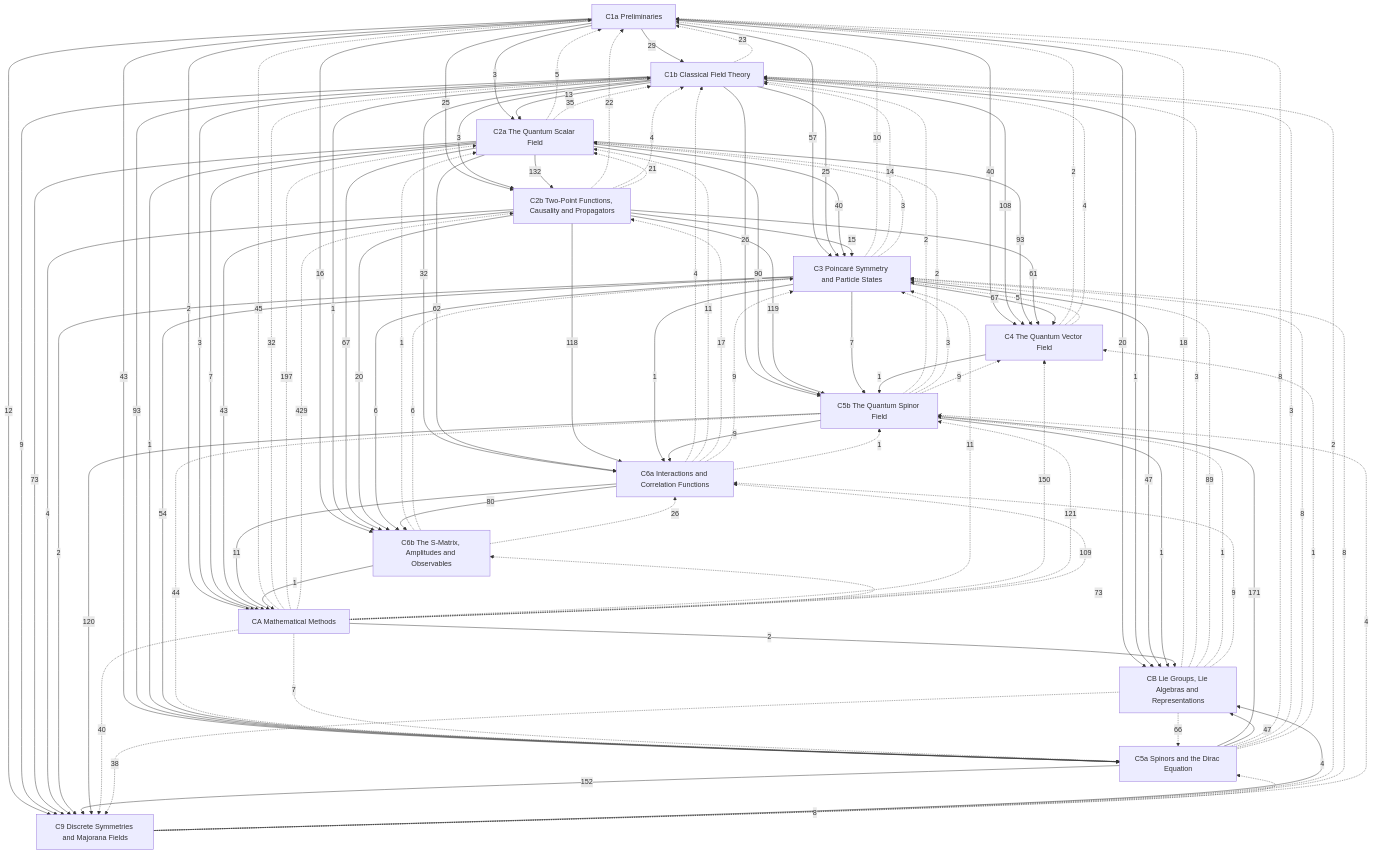
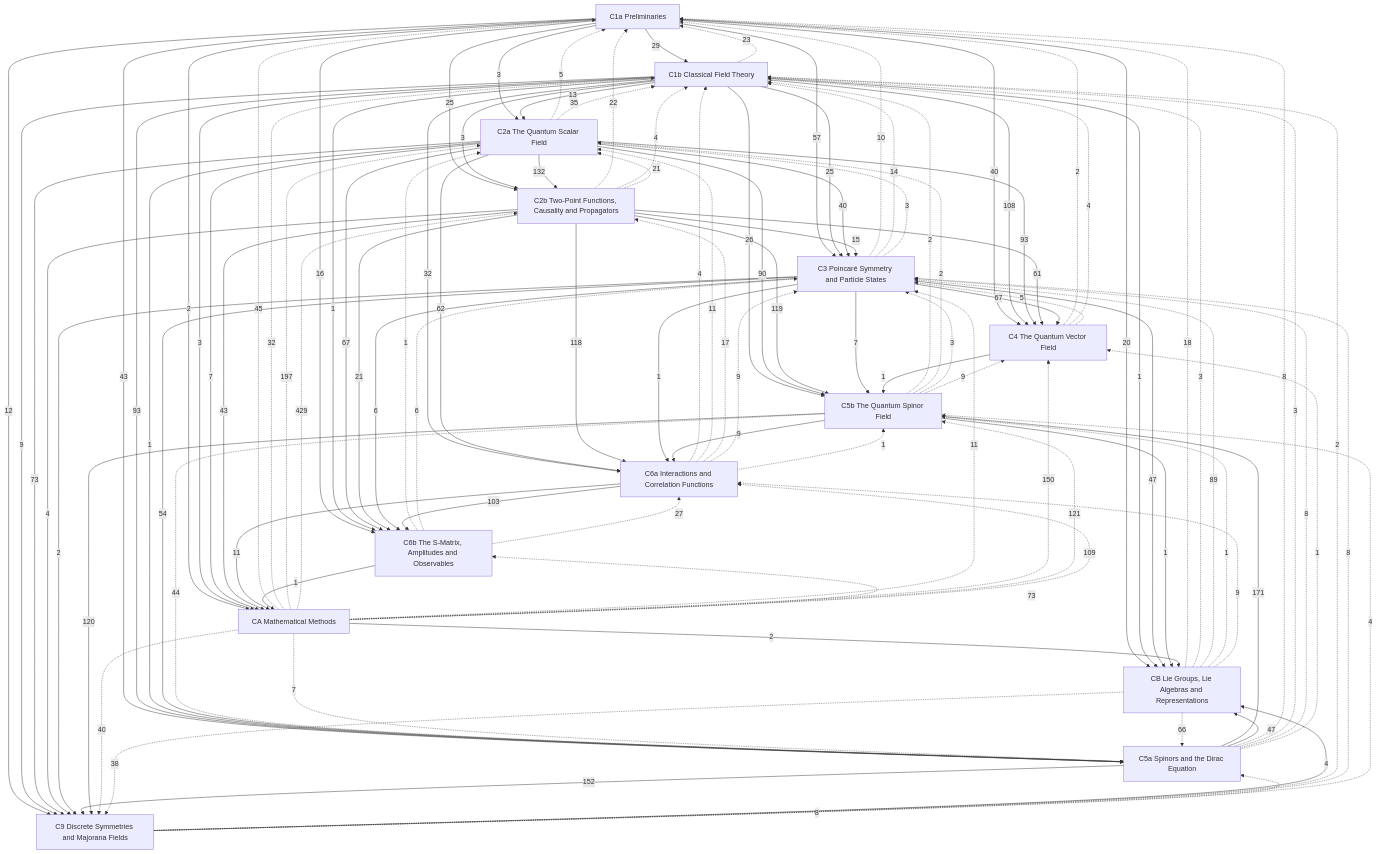
The diagram in Physics/Quantum Field Theory/Quantum Field Theory.md (Onion20040508/notes), drawn with Mermaid before and after one commit. The commit also changed 19 other files, not shown here.

```diff
--- a/Physics/Quantum Field Theory/Quantum Field Theory.md
+++ b/Physics/Quantum Field Theory/Quantum Field Theory.md
@@ -77,9 +77,9 @@
   C1a -->|16| C6b
   C1b -->|1| C6b
   C2a -->|67| C6b
-  C2b -->|20| C6b
+  C2b -->|21| C6b
   C3 -->|6| C6b
-  C6a -->|80| C6b
+  C6a -->|103| C6b
   C1a -->|12| C9
   C1b -->|9| C9
   C2a -->|73| C9
@@ -145,7 +145,7 @@
   C9 -.->|4| C5b
   CA -.->|121| C5b
   CB -.->|1| C5b
-  C6b -.->|26| C6a
+  C6b -.->|27| C6a
   CA -.->|109| C6a
   CB -.->|9| C6a
   CA -.->|73| C6b
```
